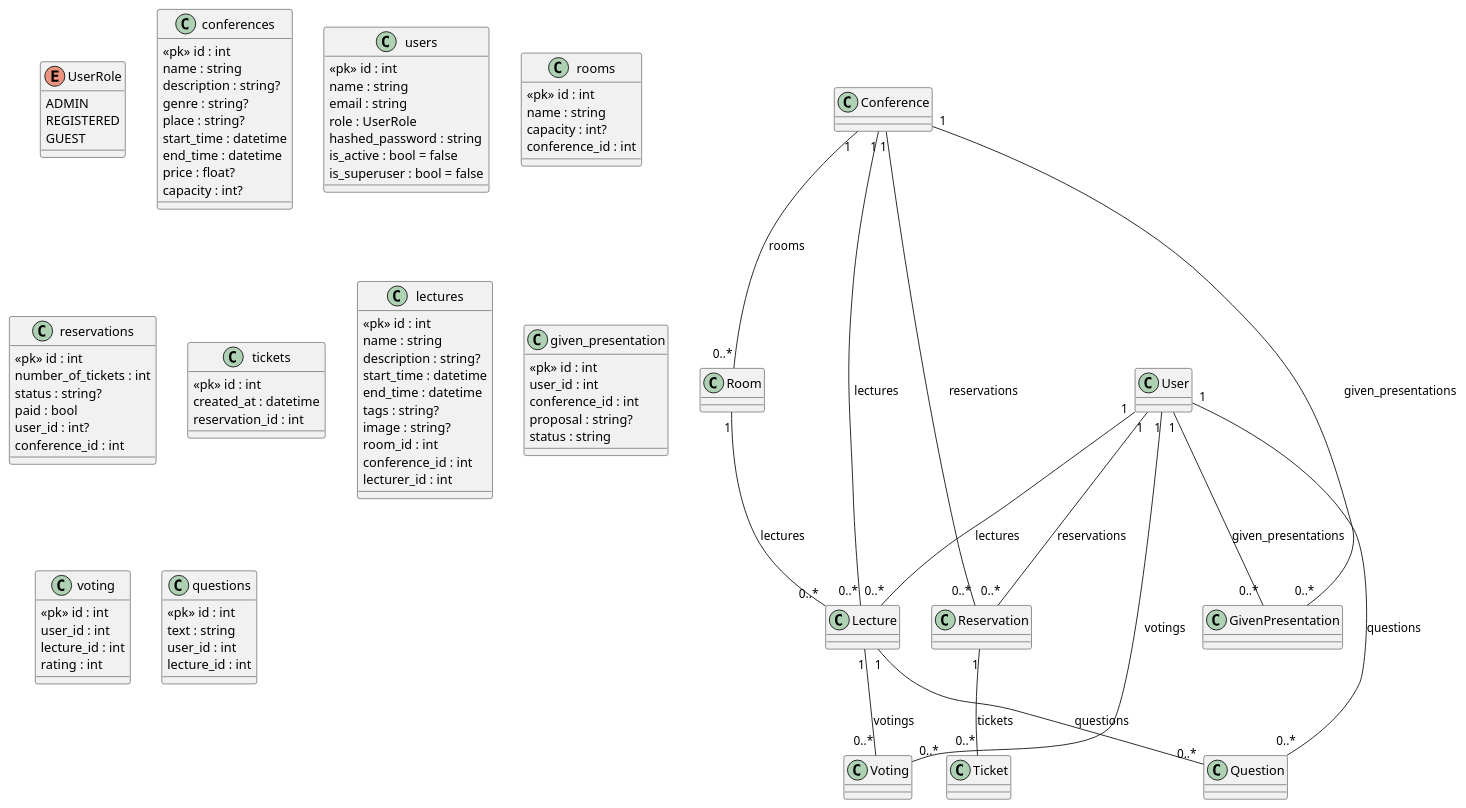
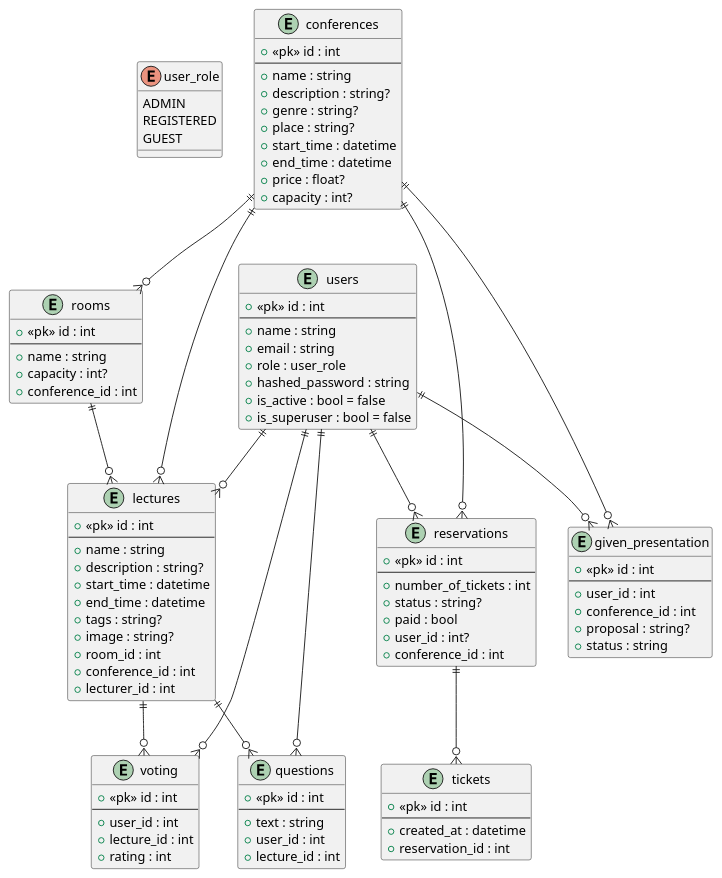
One commit to stahlgit/fit_iis_project changed the diagram in docs/ertmp.puml. Above: the diagram before and after it, drawn with PlantUML.

Commit message:
feat: fix entities, check relations

```diff
--- a/docs/ertmp.puml
+++ b/docs/ertmp.puml
@@ -1,113 +1,111 @@
 @startuml
 
-' Enumeration for UserRole
-enum UserRole {
+enum user_role {
     ADMIN
     REGISTERED
     GUEST
 }
 
-' Entity: Conference
-class conferences {
-    <<pk>> id : int
-    name : string
-    description : string?
-    genre : string?
-    place : string?
-    start_time : datetime
-    end_time : datetime
-    price : float?
-    capacity : int?
+entity conferences {
+    +<<pk>> id : int
+	---
+    +name : string
+    +description : string?
+    +genre : string?
+    +place : string?
+    +start_time : datetime
+    +end_time : datetime
+    +price : float?
+    +capacity : int?
 }
 
-' Entity: User
-class users {
-    <<pk>> id : int
-    name : string
-    email : string
-    role : UserRole
-    hashed_password : string
-    is_active : bool = false
-    is_superuser : bool = false
+entity users {
+    +<<pk>> id : int
+	---
+    +name : string
+    +email : string
+    +role : user_role
+    +hashed_password : string
+    +is_active : bool = false
+    +is_superuser : bool = false
 }
 
-' Entity: Room
-class rooms {
-    <<pk>> id : int
-    name : string
-    capacity : int?
-    conference_id : int
+entity rooms {
+    +<<pk>> id : int
+	---
+    +name : string
+    +capacity : int?
+    +conference_id : int
 }
 
-' Entity: Reservation
-class reservations {
-    <<pk>> id : int
-    number_of_tickets : int
-    status : string?
-    paid : bool
-    user_id : int?
-    conference_id : int
+entity reservations {
+    +<<pk>> id : int
+	---
+    +number_of_tickets : int
+    +status : string?
+    +paid : bool
+    +user_id : int?
+    +conference_id : int
 }
 
-' Entity: Ticket
-class tickets {
-    <<pk>> id : int
-    created_at : datetime
-    reservation_id : int
+entity tickets {
+    +<<pk>> id : int
+	---
+    +created_at : datetime
+    +reservation_id : int
 }
 
-' Entity: Lecture
-class lectures {
-    <<pk>> id : int
-    name : string
-    description : string?
-    start_time : datetime
-    end_time : datetime
-    tags : string?
-    image : string?
-    room_id : int
-    conference_id : int
-    lecturer_id : int
+entity lectures {
+    +<<pk>> id : int
+	---
+    +name : string
+    +description : string?
+    +start_time : datetime
+    +end_time : datetime
+    +tags : string?
+    +image : string?
+    +room_id : int
+    +conference_id : int
+    +lecturer_id : int
 }
 
-' Entity: GivenPresentation
-class given_presentation {
-    <<pk>> id : int
-    user_id : int
-    conference_id : int
-    proposal : string?
-    status : string
+entity given_presentation {
+    +<<pk>> id : int
+	---
+    +user_id : int
+    +conference_id : int
+    +proposal : string?
+    +status : string
 }
 
-' Entity: Voting
-class voting {
-    <<pk>> id : int
-    user_id : int
-    lecture_id : int
-    rating : int
+entity voting {
+    +<<pk>> id : int
+	---
+    +user_id : int
+    +lecture_id : int
+    +rating : int
 }
 
-' Entity: Question
-class questions {
-    <<pk>> id : int
-    text : string
-    user_id : int
-    lecture_id : int
+entity questions {
+    +<<pk>> id : int
+	---
+    +text : string
+    +user_id : int
+    +lecture_id : int
 }
 
-' Relationships
-Conference "1" -- "0..*" Room : rooms
-Conference "1" -- "0..*" Lecture : lectures
-Conference "1" -- "0..*" Reservation : reservations
-Conference "1" -- "0..*" GivenPresentation : given_presentations
-User "1" -- "0..*" Reservation : reservations
-User "1" -- "0..*" Lecture : lectures
-User "1" -- "0..*" Voting : votings
-User "1" -- "0..*" Question : questions
-User "1" -- "0..*" GivenPresentation : given_presentations
-Room "1" -- "0..*" Lecture : lectures
-Reservation "1" -- "0..*" Ticket : tickets
-Lecture "1" -- "0..*" Voting : votings
-Lecture "1" -- "0..*" Question : questions
+conferences ||--o{ rooms
+conferences ||--o{ lectures
+conferences ||--o{ reservations
+conferences ||--o{ given_presentation
+users ||--o{ reservations
+users ||--o{ lectures
+users ||--o{ voting
+users ||--o{ questions
+users ||--o{ given_presentation
+rooms ||--o{ lectures
+reservations ||--o{ tickets
+lectures ||--o{ voting
+lectures ||--o{ questions
 
 @enduml
```
